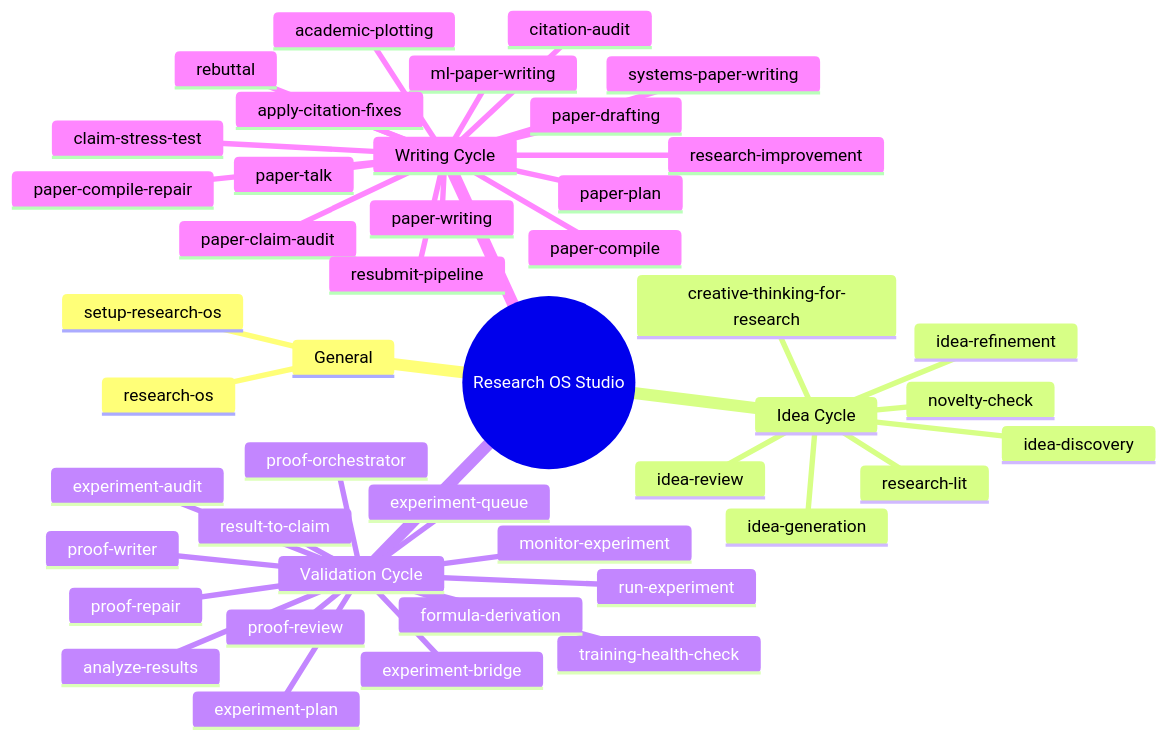
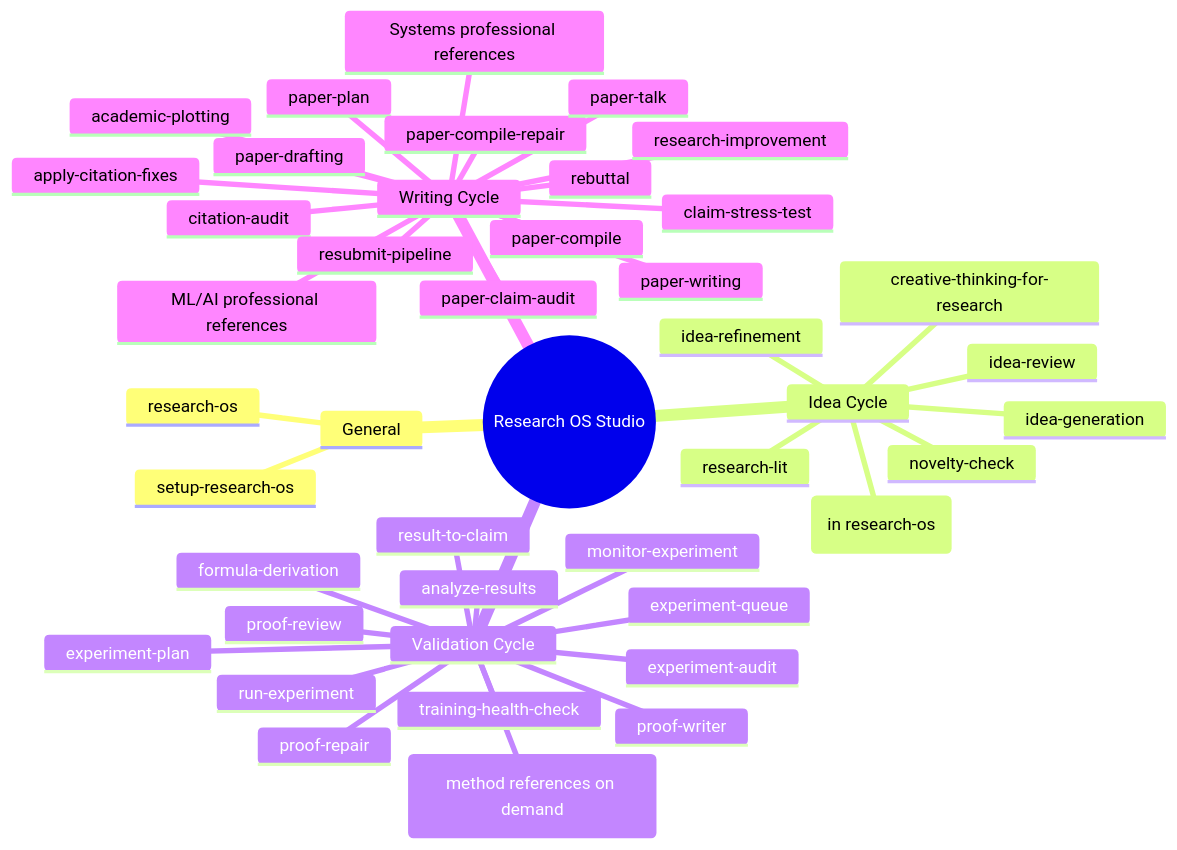
The second of 3 diagrams in docs/assets/workflow-diagrams.md (toRolex/Research-OS-Studio), drawn with Mermaid before and after one commit. The commit also changed other lines of this file and 339 other files, not shown here.

````diff
--- a/docs/assets/workflow-diagrams.md
+++ b/docs/assets/workflow-diagrams.md
@@ -51,47 +51,46 @@
 ```mermaid
 mindmap
   root((Research OS Studio))
     General
       setup-research-os
       research-os
     Idea Cycle
-      idea-discovery
+      Discovery recipe (in research-os)
       research-lit
       idea-generation
       creative-thinking-for-research
       novelty-check
       idea-review
       idea-refinement
     Validation Cycle
       experiment-plan
-      experiment-bridge
       run-experiment
       experiment-queue
       monitor-experiment
       training-health-check
       analyze-results
       experiment-audit
       result-to-claim
       formula-derivation
       proof-writer
       proof-review
       proof-repair
-      proof-orchestrator
+      /research-os proof (method references on demand)
     Writing Cycle
       paper-writing
-      ml-paper-writing
-      systems-paper-writing
+      ML/AI professional references
+      Systems professional references
       paper-plan
       paper-drafting
       academic-plotting
       paper-compile
       paper-compile-repair
       citation-audit
       apply-citation-fixes
       paper-claim-audit
       claim-stress-test
       research-improvement
       rebuttal
       resubmit-pipeline
       paper-talk
 ```
````
